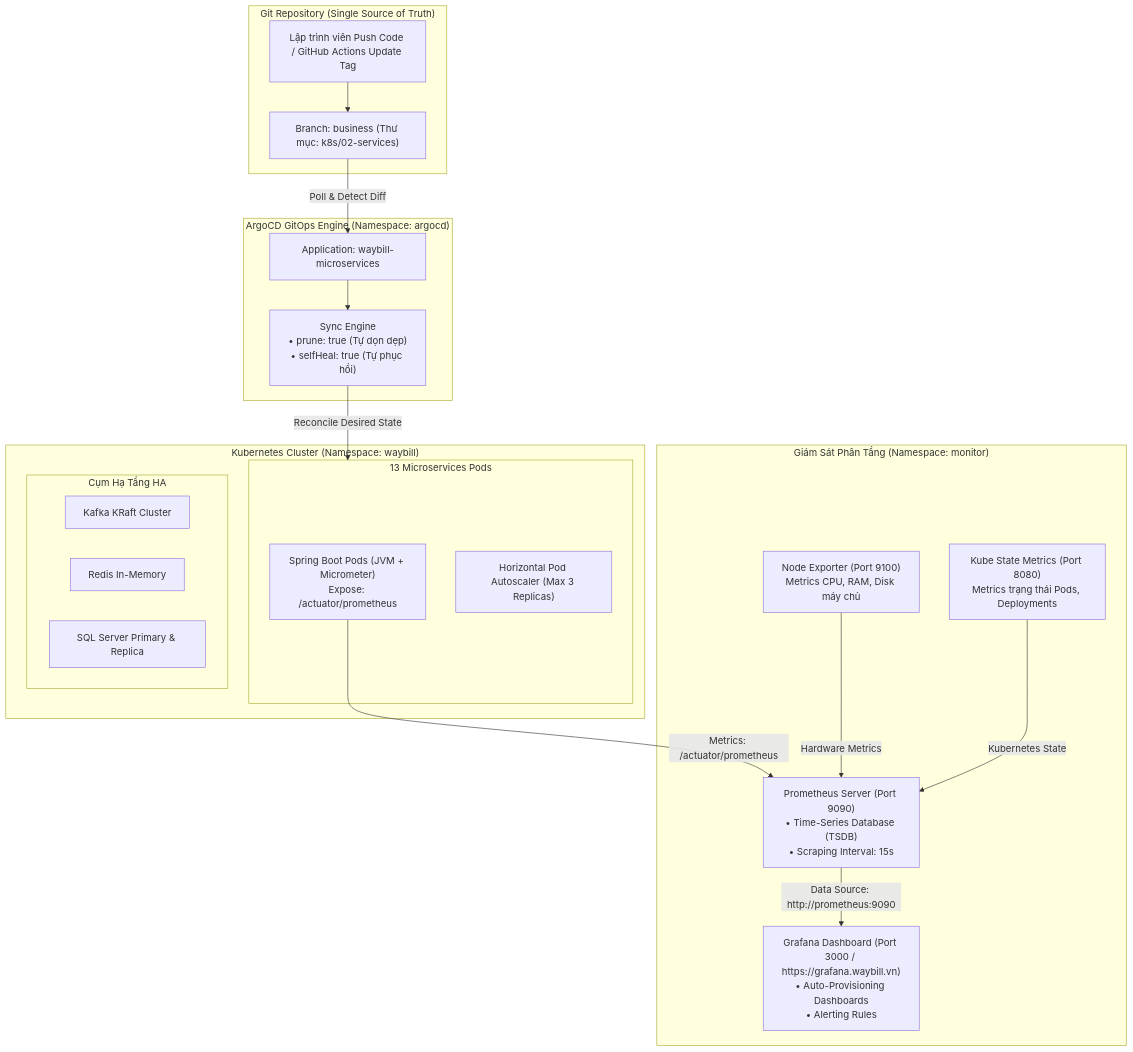
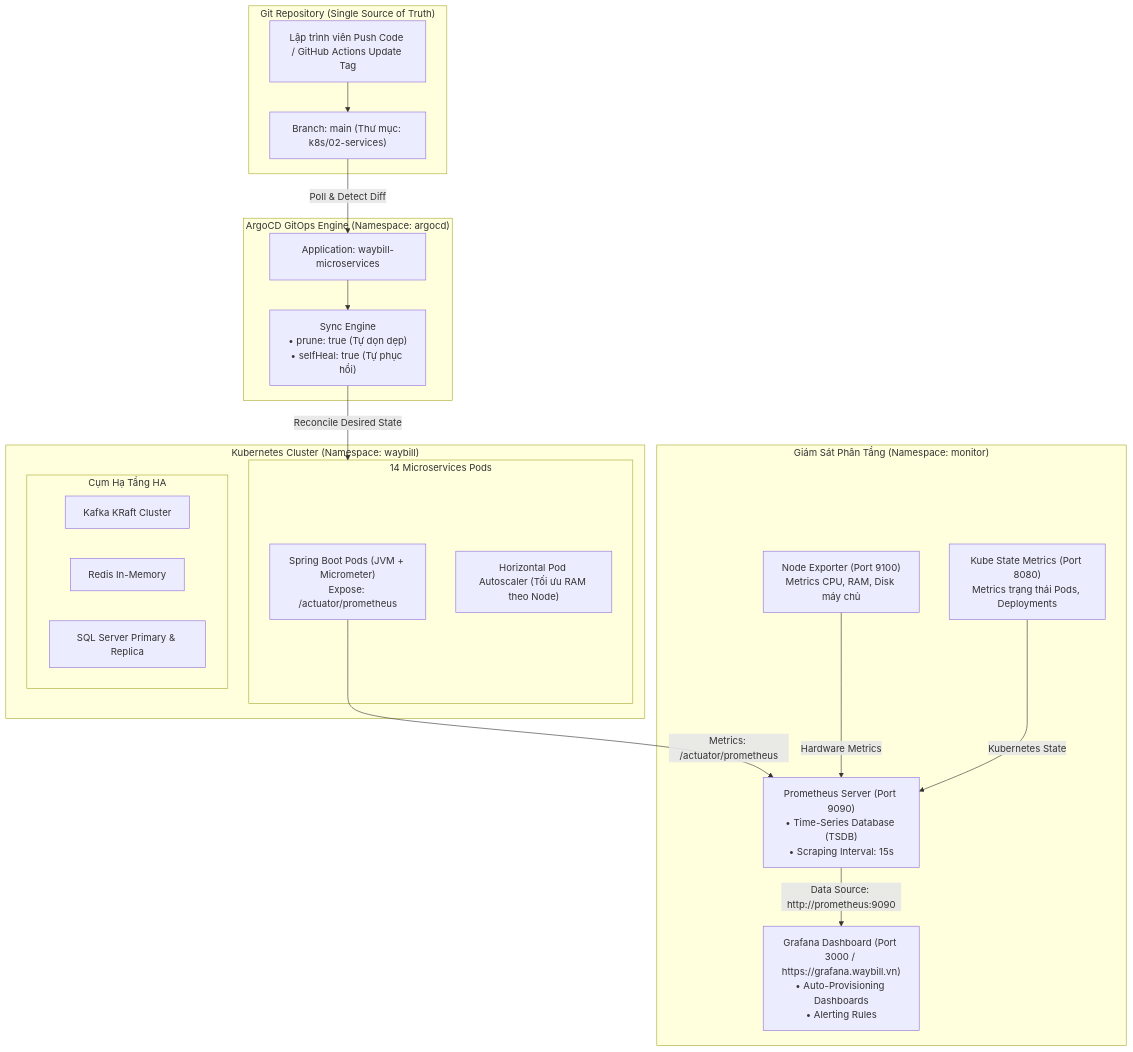
Before and after one commit to Khanhnv26/Mini-Waybill-Platform---VNPT-Cloud: the diagram in docs/22-gitops-argocd-and-prometheus-grafana-monitoring.md, drawn with Mermaid. The commit also changed other lines of this file and 12 other files, not shown here.

````diff
--- a/docs/22-gitops-argocd-and-prometheus-grafana-monitoring.md
+++ b/docs/22-gitops-argocd-and-prometheus-grafana-monitoring.md
@@ -46,41 +46,41 @@
 ```mermaid
 flowchart TD
     subgraph GitRepo [" Git Repository (Single Source of Truth) "]
         GitCommit["Lập trình viên Push Code / GitHub Actions Update Tag"]
-        GitBranch["Branch: business (Thư mục: k8s/02-services)"]
+        GitBranch["Branch: main (Thư mục: k8s/02-services)"]
     end
 
     subgraph ArgoCDPlane [" ArgoCD GitOps Engine (Namespace: argocd) "]
         ArgoApp["Application: waybill-microservices"]
         SyncEngine["Sync Engine\n• prune: true (Tự dọn dẹp)\n• selfHeal: true (Tự phục hồi)"]
     end
 
     subgraph K8sCluster [" Kubernetes Cluster (Namespace: waybill) "]
-        subgraph Services [" 13 Microservices Pods "]
+        subgraph Services [" 14 Microservices Pods "]
             SvcPods["Spring Boot Pods (JVM + Micrometer)\nExpose: /actuator/prometheus"]
-            HPA["Horizontal Pod Autoscaler (Max 3 Replicas)"]
+            HPA["Horizontal Pod Autoscaler (Tối ưu RAM theo Node)"]
         end
         subgraph Infra [" Cụm Hạ Tầng HA "]
             KafkaCluster["Kafka KRaft Cluster"]
             RedisCluster["Redis In-Memory"]
             SQLCluster["SQL Server Primary & Replica"]
         end
     end
 
     subgraph MonitorPlane [" Giám Sát Phân Tầng (Namespace: monitor) "]
         NodeExp["Node Exporter (Port 9100)\nMetrics CPU, RAM, Disk máy chủ"]
         KSM["Kube State Metrics (Port 8080)\nMetrics trạng thái Pods, Deployments"]
         PromServer["Prometheus Server (Port 9090)\n• Time-Series Database (TSDB)\n• Scraping Interval: 15s"]
         GrafanaServer["Grafana Dashboard (Port 3000 / https://grafana.waybill.vn)\n• Auto-Provisioning Dashboards\n• Alerting Rules"]
     end
 
     GitCommit --> GitBranch
     GitBranch -->|"Poll & Detect Diff"| ArgoApp
     ArgoApp --> SyncEngine
     SyncEngine -->|"Reconcile Desired State"| Services
 
     SvcPods -->|"Metrics: /actuator/prometheus"| PromServer
     NodeExp -->|"Hardware Metrics"| PromServer
     KSM -->|"Kubernetes State"| PromServer
     PromServer -->|"Data Source: http://prometheus:9090"| GrafanaServer
 ```
````
